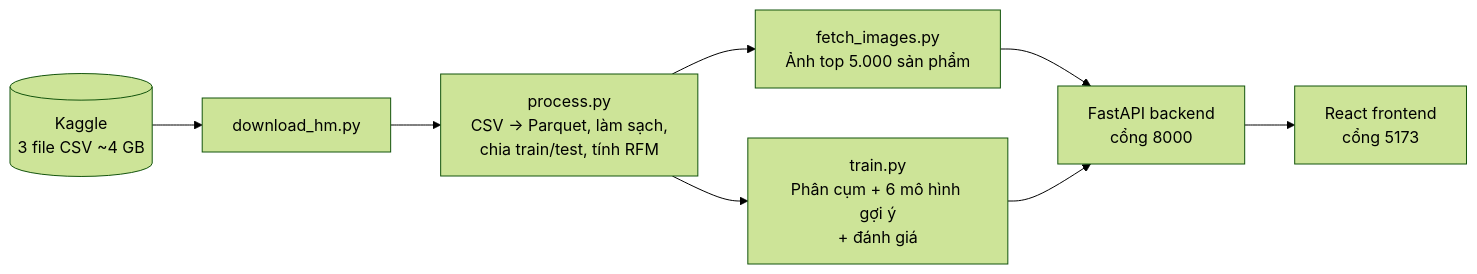
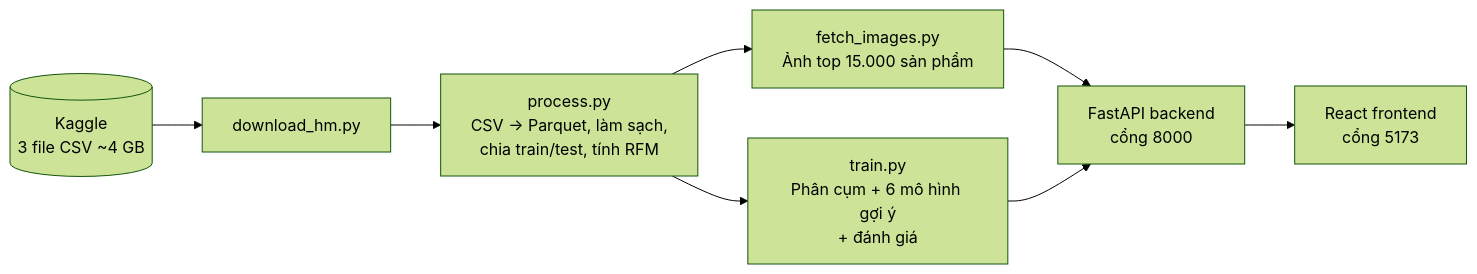
The diagram in proposal.md (ThuPhuong070203/personalized-marketing), drawn with Mermaid (forest theme) before and after one commit. The commit also changed other lines of this file and 14410 other files, not shown here.

````diff
--- a/proposal.md
+++ b/proposal.md
@@ -63,10 +61,10 @@
 ```mermaid
 flowchart LR
     A[(Kaggle<br/>3 file CSV ~4 GB)] --> B[download_hm.py]
     B --> C[process.py<br/>CSV → Parquet, làm sạch,<br/>chia train/test, tính RFM]
-    C --> D[fetch_images.py<br/>Ảnh top 5.000 sản phẩm]
+    C --> D[fetch_images.py<br/>Ảnh top 15.000 sản phẩm]
     C --> E[train.py<br/>Phân cụm + 6 mô hình gợi ý<br/>+ đánh giá]
     D --> F[FastAPI backend<br/>cổng 8000]
     E --> F
     F --> G[React frontend<br/>cổng 5173]
 ```
````
